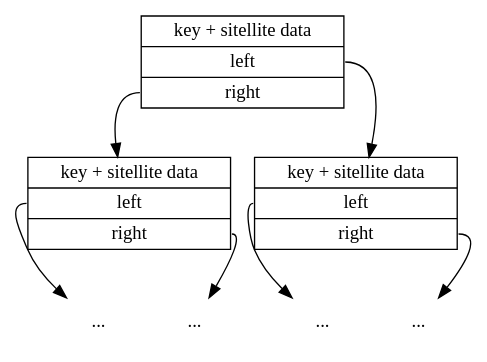
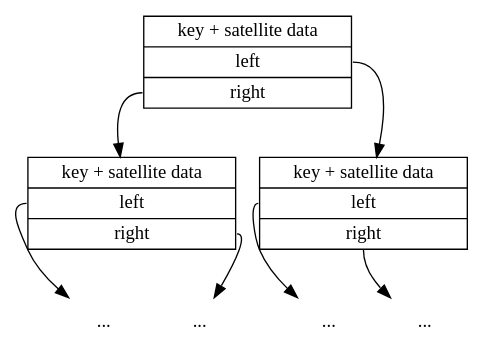
Before and after one commit to liuxinyu95/AlgoXY: the diagram in datastruct/tree/binary-search-tree/img/node-layout.dot, drawn with Graphviz. The commit also changed 1 other file, not shown here.

```diff
--- a/datastruct/tree/binary-search-tree/img/node-layout.dot
+++ b/datastruct/tree/binary-search-tree/img/node-layout.dot
@@ -1,16 +1,16 @@
 digraph G{
   node [shape=record];
-  s1 [shape=record, label="{<k> key + sitellite data |<l> left|<r> right}"];
-  s2 [shape=record, label="{<k> key + sitellite data |<l> left|<r> right}"];
-  s3 [shape=record, label="{<k> key + sitellite data |<l> left|<r> right}"];
+  s1 [shape=record, label="{<k> key + satellite data |<l> left|<r> right}"];
+  s2 [shape=record, label="{<k> key + satellite data |<l> left|<r> right}"];
+  s3 [shape=record, label="{<k> key + satellite data |<l> left|<r> right}"];
   s1:r->s2;
   s1:l->s3;
   s2l [shape=plaintext, label="..."];
   s2r [shape=plaintext, label="..."];
   s3l [shape=plaintext, label="..."];
   s3r [shape=plaintext, label="..."];
   s2:l->s2l;
   s2:r->s2r;
   s3:l->s3l;
   s3:r->s3r;
 }
```
